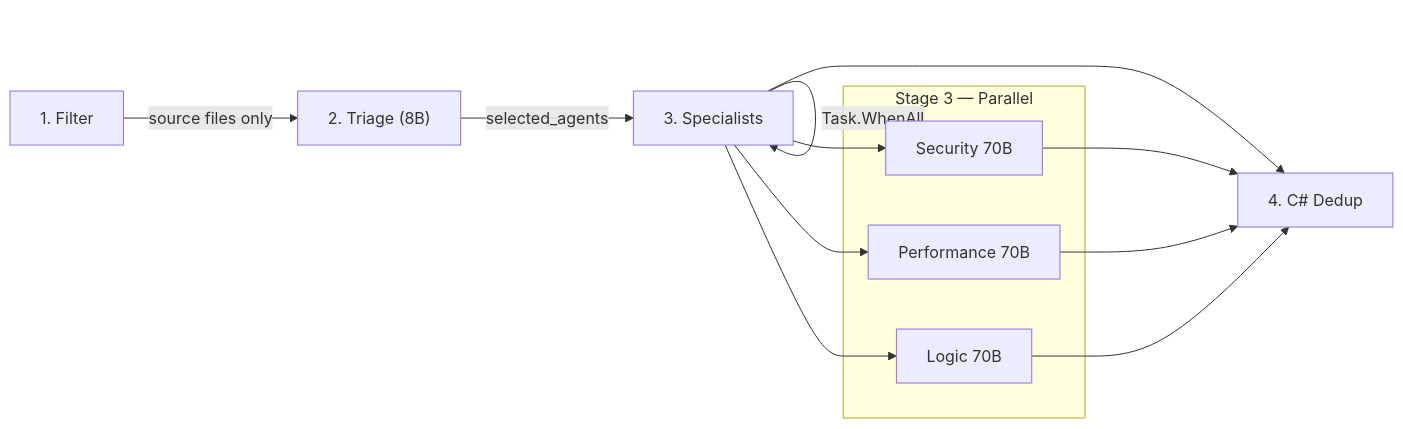
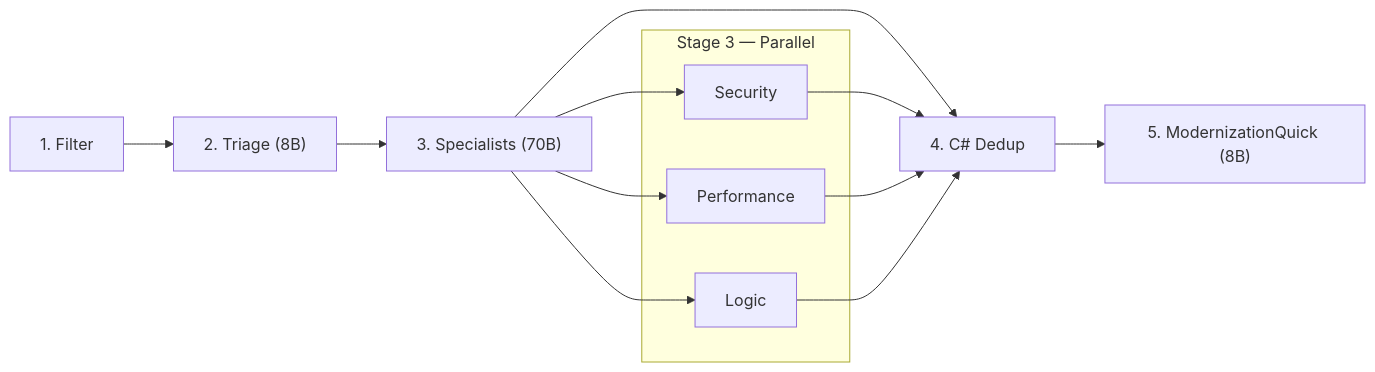
One commit to bhavyananda17/multi_agent_code_review_mcpserver changed the second of 5 diagrams in README.md. Above: the diagram before and after it, drawn with Mermaid. The commit also changed other lines of this file, not shown here.

````diff
--- a/README.md
+++ b/README.md
@@ -109,20 +83,20 @@
 ```mermaid
 graph LR
-    A["1. Filter"] -->|"source files only"| B["2. Triage (8B)"]
-    B -->|"selected_agents"| C["3. Specialists"]
-    C -->|"Task.WhenAll"| C
+    A["1. Filter"] --> B["2. Triage (8B)"]
+    B --> C["3. Specialists (70B)"]
     C --> D["4. C# Dedup"]
+    D --> E["5. ModernizationQuick (8B)"]
 
     subgraph "Stage 3 — Parallel"
-        C1[Security 70B]
-        C2[Performance 70B]
-        C3[Logic 70B]
+        C1[Security]
+        C2[Performance]
+        C3[Logic]
     end
 
     C --> C1
     C --> C2
     C --> C3
     C1 --> D
     C2 --> D
     C3 --> D
 ```
````
